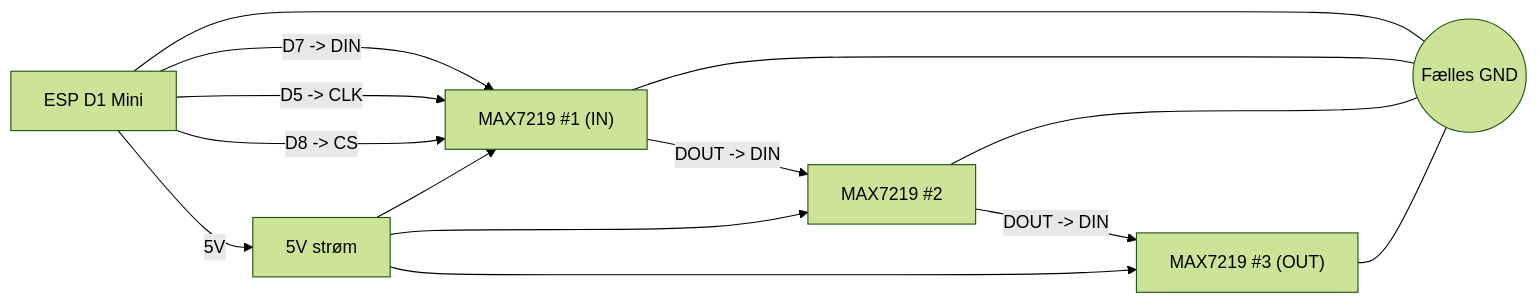
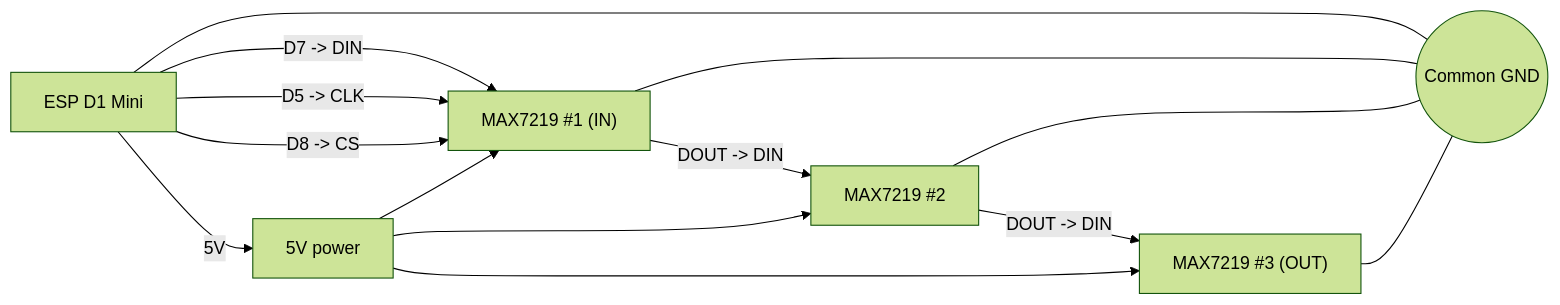
Before and after one commit to Kronborgs/Homeasseten_WOPR: the diagram in docs/WIRING_DIAGRAM.md, drawn with Mermaid (forest theme). The commit also changed other lines of this file and 2 other files, not shown here.

````diff
--- a/docs/WIRING_DIAGRAM.md
+++ b/docs/WIRING_DIAGRAM.md
@@ -17,19 +17,19 @@
 ```mermaid
 flowchart LR
   ESP["ESP D1 Mini"] -->|"D7 -> DIN"| M1["MAX7219 #1 (IN)"]
   ESP -->|"D5 -> CLK"| M1
   ESP -->|"D8 -> CS"| M1
 
   M1 -->|"DOUT -> DIN"| M2["MAX7219 #2"]
   M2 -->|"DOUT -> DIN"| M3["MAX7219 #3 (OUT)"]
 
-  ESP -->|"5V"| PWR["5V strøm"]
+  ESP -->|"5V"| PWR["5V power"]
   PWR --> M1
   PWR --> M2
   PWR --> M3
 
-  ESP --- GND(("Fælles GND"))
+  ESP --- GND(("Common GND"))
   M1 --- GND
   M2 --- GND
   M3 --- GND
 ```
````
